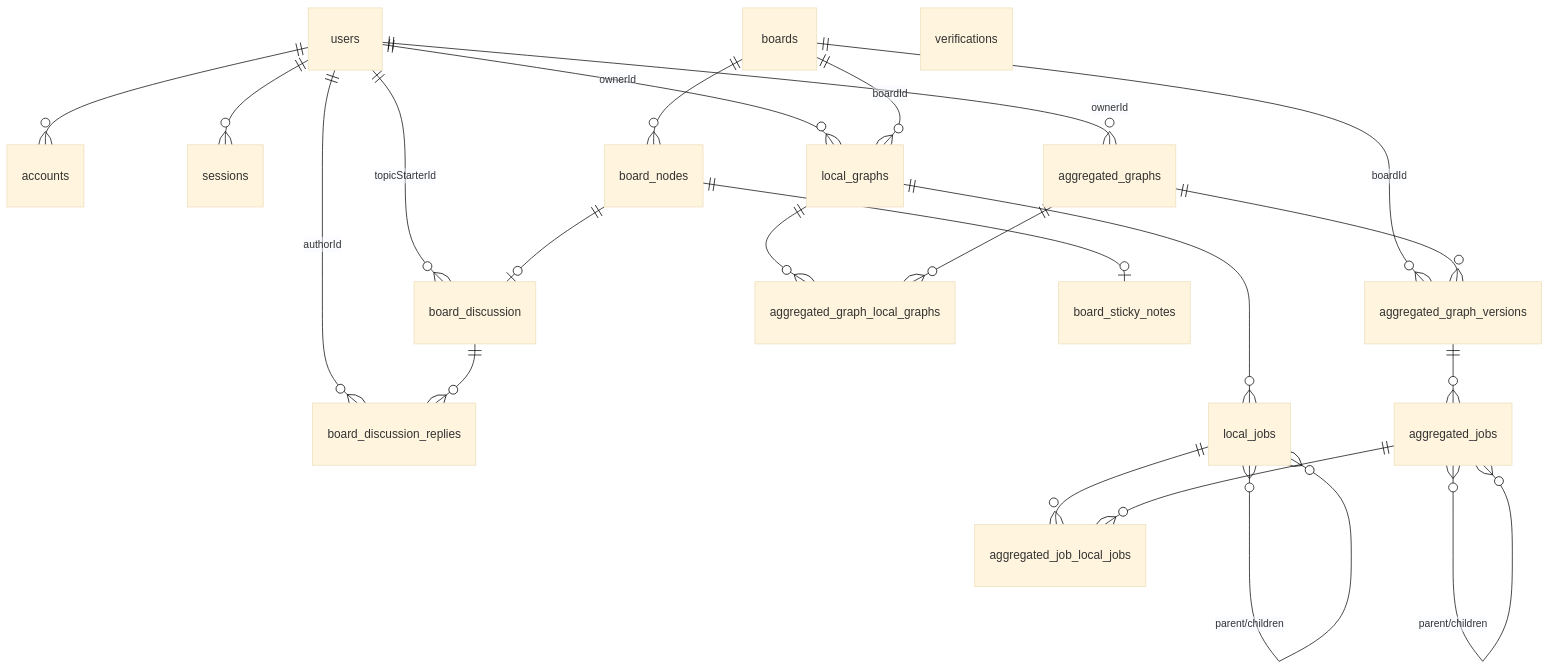
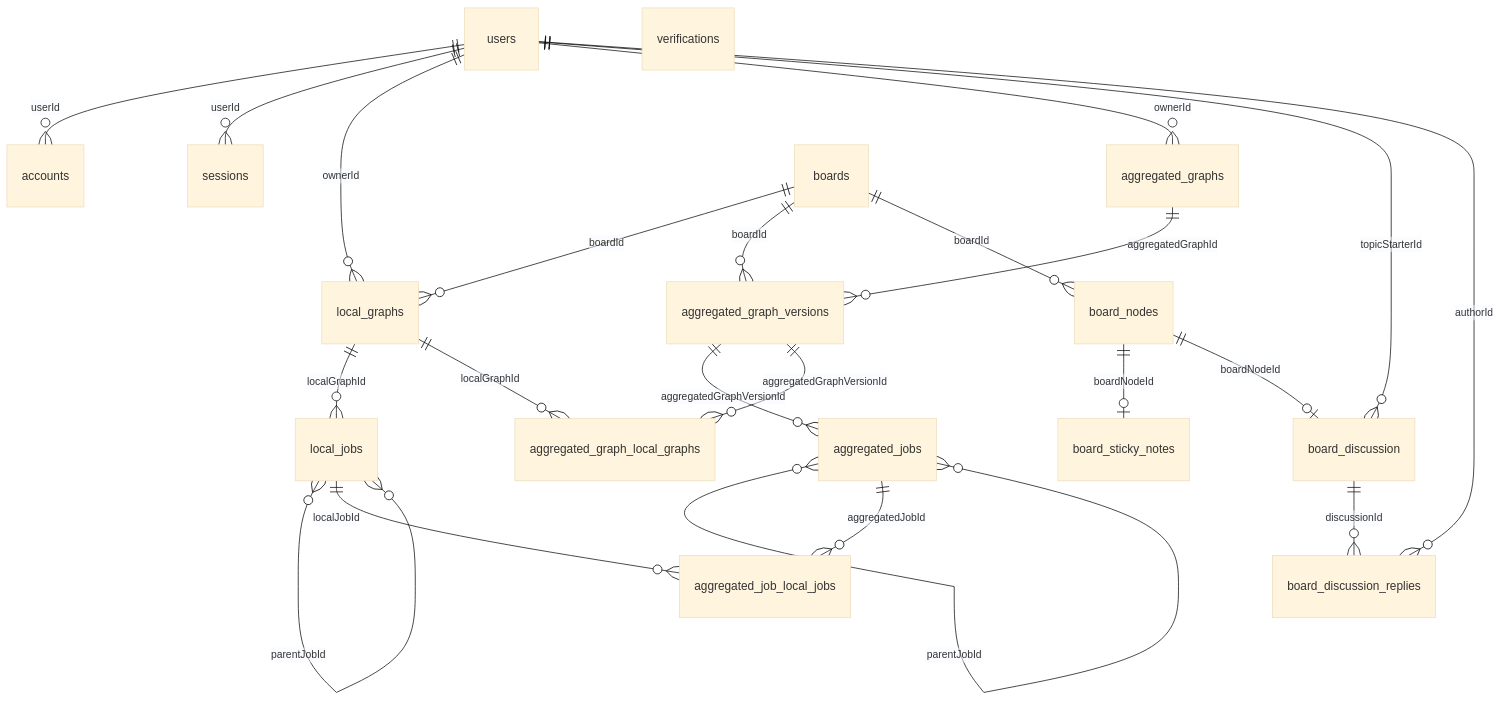
One commit to w7it/jtbd changed the diagram in docs/erd.md. Above: the diagram before and after it, drawn with Mermaid (base theme).

Commit message:
docs: update ERD to match current database schema
Add proper field names for relationships and correct table structure to match actual implementation in schema.ts

🤖 Generated with [Claude Code](https://claude.ai/code)

````diff
--- a/docs/erd.md
+++ b/docs/erd.md
@@ -3,34 +3,34 @@
 ```mermaid
 erDiagram
-    users ||--o{ accounts : ""
-    users ||--o{ sessions : ""
+    users ||--o{ accounts : "userId"
+    users ||--o{ sessions : "userId"
     users ||--o{ local_graphs : "ownerId"
     users ||--o{ aggregated_graphs : "ownerId"
     users ||--o{ board_discussion : "topicStarterId"
     users ||--o{ board_discussion_replies : "authorId"
 
     boards ||--o{ local_graphs : "boardId"
     boards ||--o{ aggregated_graph_versions : "boardId"
-    boards ||--o{ board_nodes : ""
+    boards ||--o{ board_nodes : "boardId"
 
-    local_graphs ||--o{ local_jobs : ""
-    local_graphs ||--o{ aggregated_graph_local_graphs : ""
+    local_graphs ||--o{ local_jobs : "localGraphId"
+    local_graphs ||--o{ aggregated_graph_local_graphs : "localGraphId"
 
-    local_jobs }o--o{ local_jobs : "parent/children"
-    local_jobs ||--o{ aggregated_job_local_jobs : ""
+    local_jobs }o--o{ local_jobs : "parentJobId"
+    local_jobs ||--o{ aggregated_job_local_jobs : "localJobId"
 
-    aggregated_graphs ||--o{ aggregated_graph_versions : ""
-    aggregated_graphs ||--o{ aggregated_graph_local_graphs : ""
+    aggregated_graphs ||--o{ aggregated_graph_versions : "aggregatedGraphId"
 
-    aggregated_graph_versions ||--o{ aggregated_jobs : ""
+    aggregated_graph_versions ||--o{ aggregated_jobs : "aggregatedGraphVersionId"
+    aggregated_graph_versions ||--o{ aggregated_graph_local_graphs : "aggregatedGraphVersionId"
 
-    aggregated_jobs }o--o{ aggregated_jobs : "parent/children"
-    aggregated_jobs ||--o{ aggregated_job_local_jobs : ""
+    aggregated_jobs }o--o{ aggregated_jobs : "parentJobId"
+    aggregated_jobs ||--o{ aggregated_job_local_jobs : "aggregatedJobId"
 
-    board_nodes ||--o| board_sticky_notes : ""
-    board_nodes ||--o| board_discussion : ""
+    board_nodes ||--o| board_sticky_notes : "boardNodeId"
+    board_nodes ||--o| board_discussion : "boardNodeId"
 
-    board_discussion ||--o{ board_discussion_replies : ""
+    board_discussion ||--o{ board_discussion_replies : "discussionId"
 
     verifications
 ```
````
